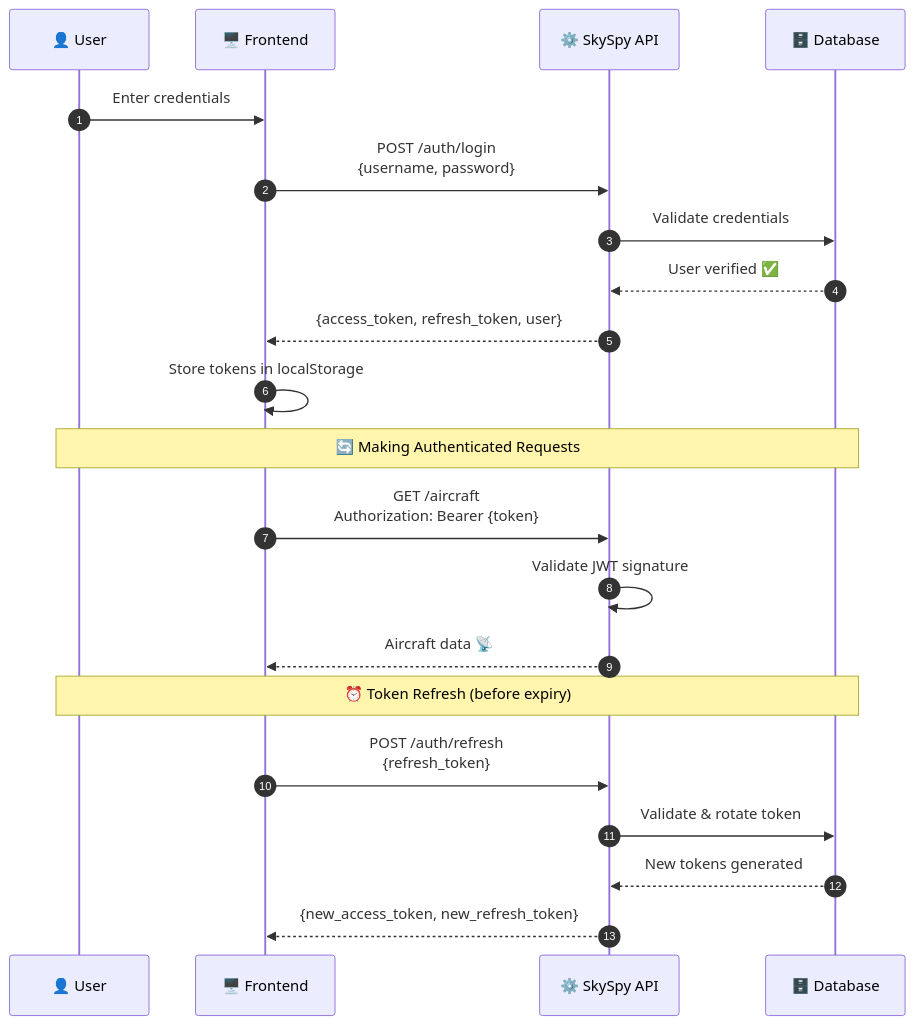
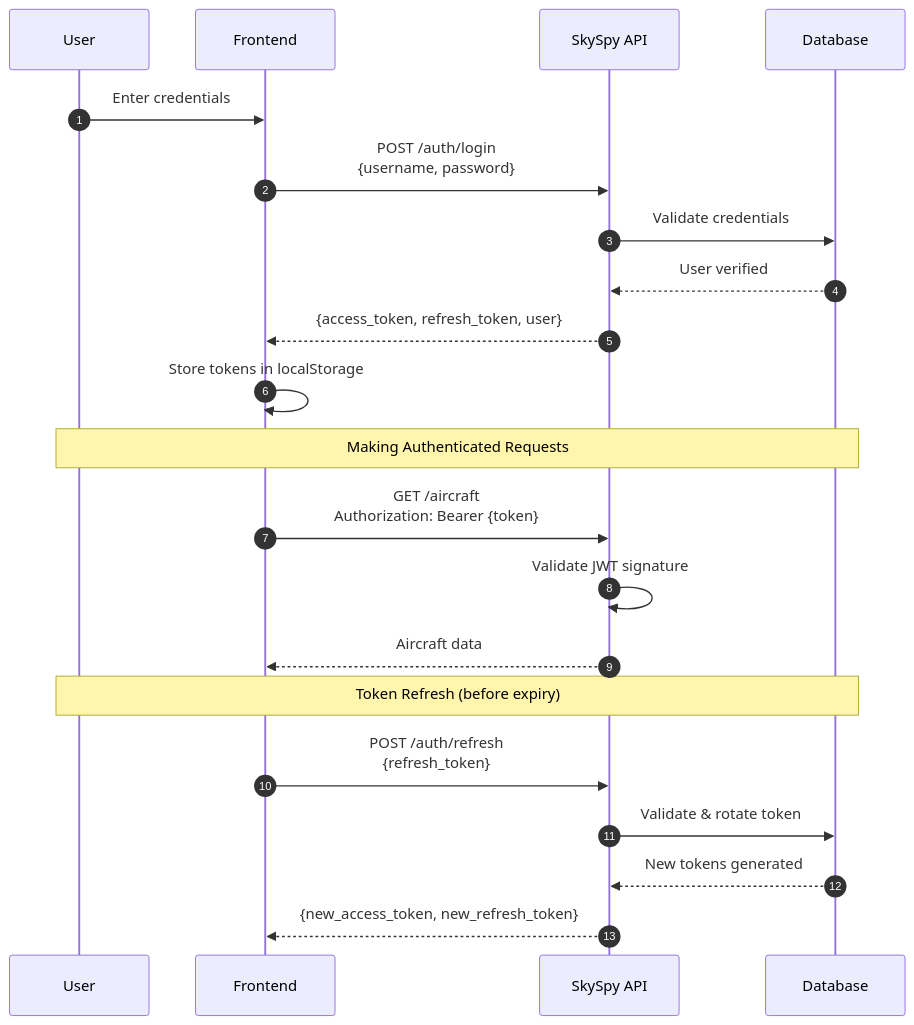
Before and after one commit to CHA0S-CORP/SkySpyDocs: the second of 5 diagrams in docs/core-features/authentication.md, drawn with Mermaid. The commit also changed other lines of this file, not shown here.

````diff
--- a/docs/core-features/authentication.md
+++ b/docs/core-features/authentication.md
@@ -223,28 +159,28 @@
 ```mermaid
 sequenceDiagram
     autonumber
-    participant User as 👤 User
-    participant App as 🖥️ Frontend
-    participant API as ⚙️ SkySpy API
-    participant DB as 🗄️ Database
+    participant User as User
+    participant App as Frontend
+    participant API as SkySpy API
+    participant DB as Database
 
     User->>App: Enter credentials
     App->>API: POST /auth/login<br/>{username, password}
     API->>DB: Validate credentials
-    DB-->>API: User verified ✅
+    DB-->>API: User verified
     API-->>App: {access_token, refresh_token, user}
     App->>App: Store tokens in localStorage
 
-    Note over User,DB: 🔄 Making Authenticated Requests
+    Note over User,DB: Making Authenticated Requests
 
     App->>API: GET /aircraft<br/>Authorization: Bearer {token}
     API->>API: Validate JWT signature
-    API-->>App: Aircraft data 📡
+    API-->>App: Aircraft data
 
-    Note over User,DB: ⏰ Token Refresh (before expiry)
+    Note over User,DB: Token Refresh (before expiry)
 
     App->>API: POST /auth/refresh<br/>{refresh_token}
     API->>DB: Validate & rotate token
     DB-->>API: New tokens generated
     API-->>App: {new_access_token, new_refresh_token}
 ```
````
